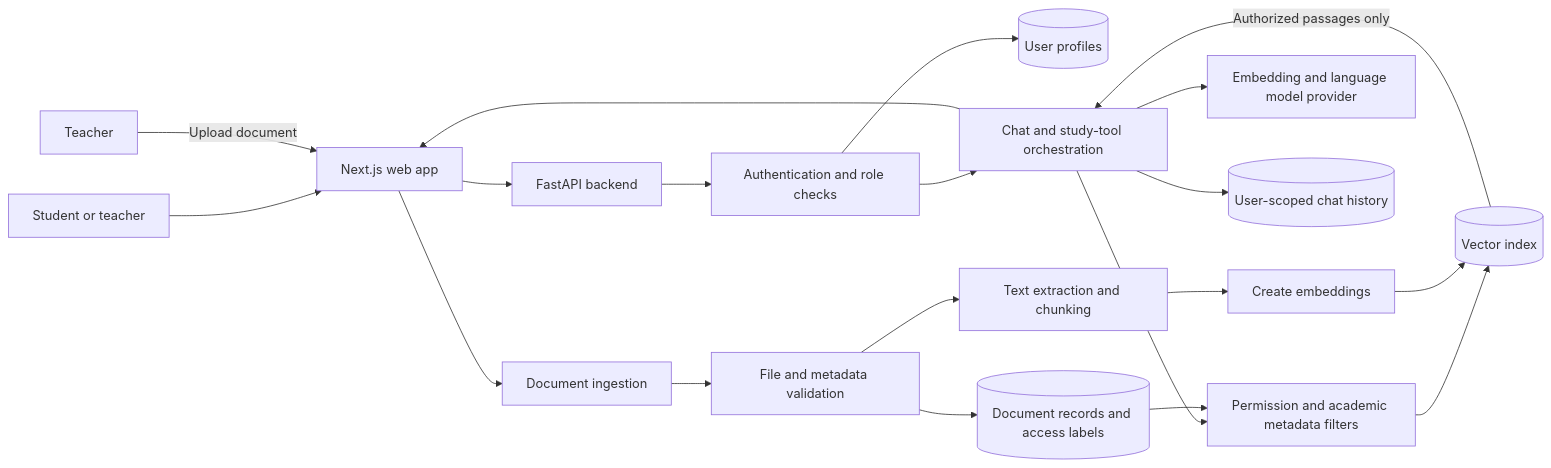
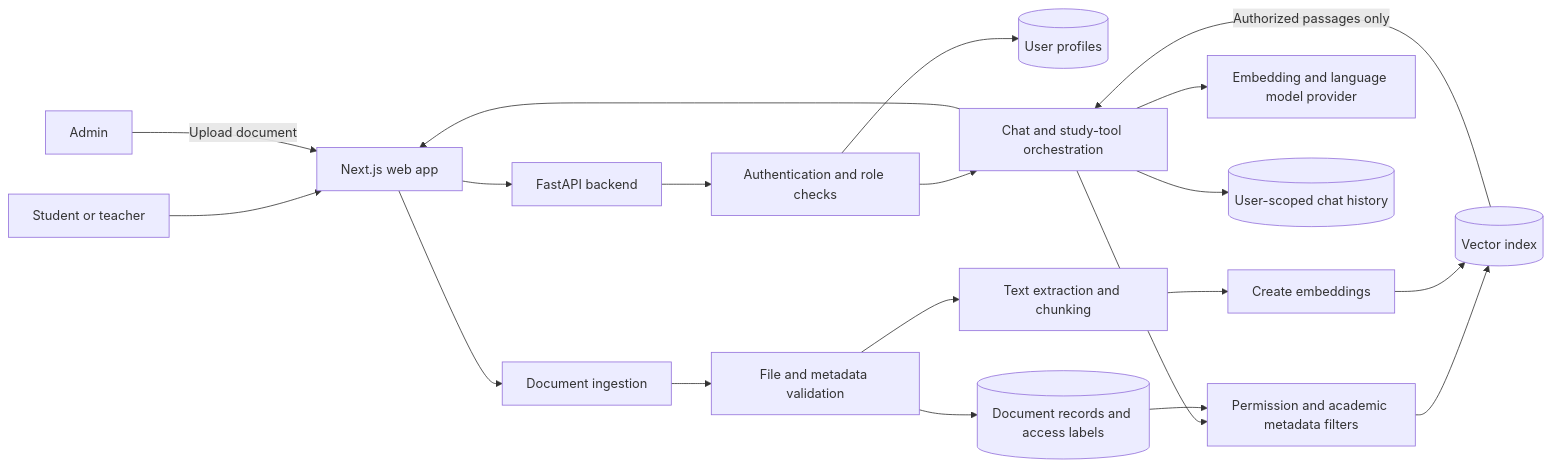
Before and after one commit to koushikikundu9/Role_based_personalised_chatbot: the diagram in documentation/MVP.md, drawn with Mermaid.

Commit message:
Admin added for document upload

````diff
--- a/documentation/MVP.md
+++ b/documentation/MVP.md
@@ -130,24 +130,24 @@
 ```mermaid
 flowchart LR
 	User[Student or teacher] --> Web[Next.js web app]
 	Web --> API[FastAPI backend]
 
 	API --> Auth[Authentication and role checks]
 	Auth --> Profile[(User profiles)]
 	Auth --> Chat[Chat and study-tool orchestration]
 	Chat --> Filter[Permission and academic metadata filters]
 	Filter --> Vector[(Vector index)]
 	Vector -->|Authorized passages only| Chat
 	Chat --> Model[Embedding and language model provider]
 	Chat --> History[(User-scoped chat history)]
 	Chat --> Web
 
-	Teacher[Teacher] -->|Upload document| Web
+	Admin[Admin] -->|Upload document| Web
 	Web --> Ingest[Document ingestion]
 	Ingest --> Validate[File and metadata validation]
 	Validate --> Extract[Text extraction and chunking]
 	Extract --> Embed[Create embeddings]
 	Embed --> Vector
 	Validate --> Records[(Document records and access labels)]
 	Records --> Filter
 ```
````
